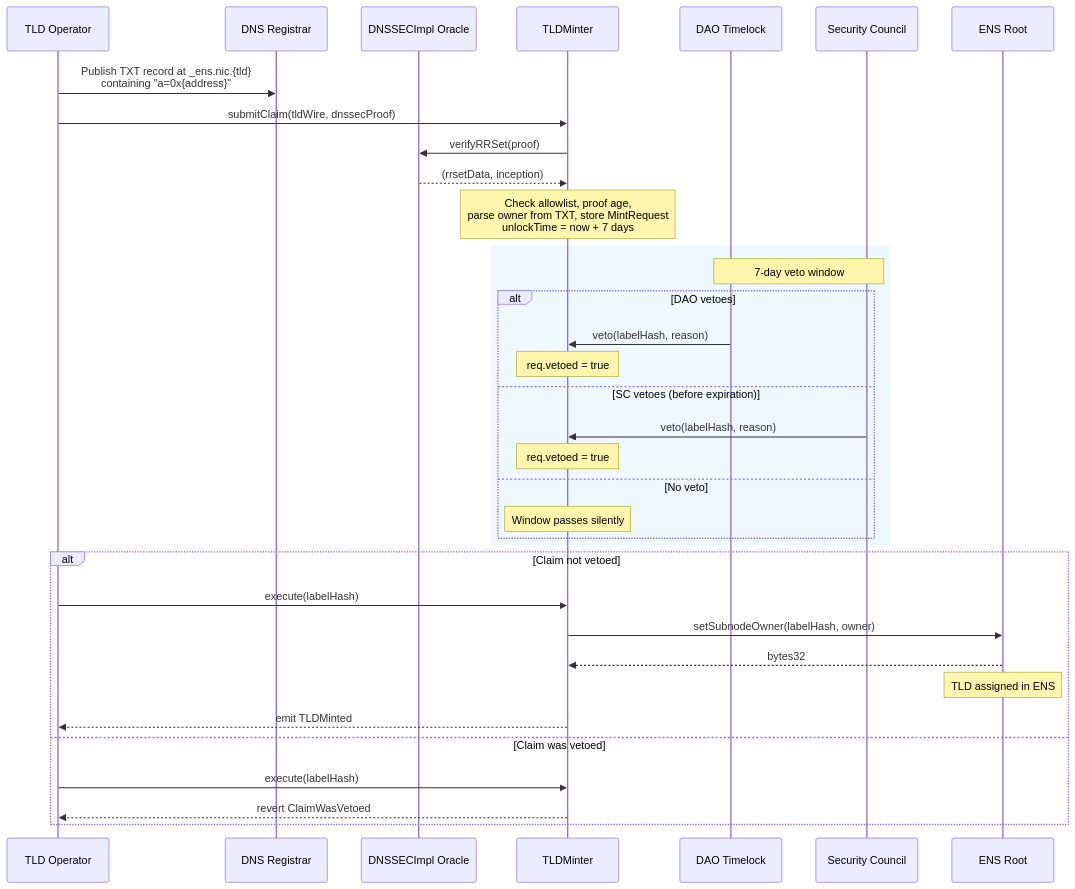
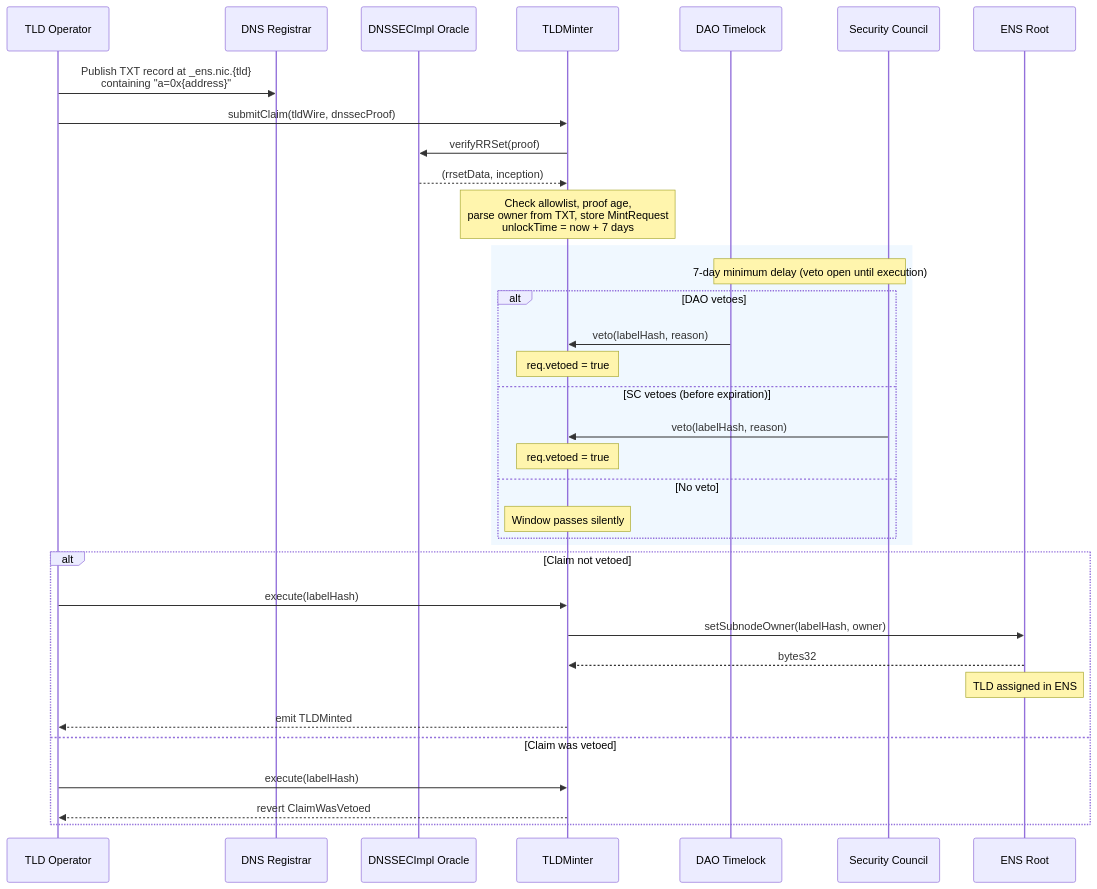
Before and after one commit to steg-eth/dao-proposals: the diagram in src/ens/proposals/tld-oracle-v2/RATIONALE.md, drawn with Mermaid. The commit also changed other lines of this file and 2 other files, not shown here.

Commit message:
docs: align veto wording and Sepolia links across all docs
Consistent language: veto open until execution, not just during the
7-day window. Updated RATIONALE.md, portal-walkthrough.md, and
remaining stale spots in temp-check-draft.md. Added submitClaim +
contract links to portal-walkthrough.md.

````diff
--- a/src/ens/proposals/tld-oracle-v2/RATIONALE.md
+++ b/src/ens/proposals/tld-oracle-v2/RATIONALE.md
@@ -62,40 +62,40 @@
 ```mermaid
 sequenceDiagram
     participant Operator as TLD Operator
     participant DNS as DNS Registrar
     participant Oracle as DNSSECImpl Oracle
     participant Minter as TLDMinter
     participant DAO as DAO Timelock
     participant SC as Security Council
     participant Root as ENS Root
 
     Operator->>DNS: Publish TXT record at _ens.nic.{tld}<br/>containing "a=0x{address}"
     Operator->>Minter: submitClaim(tldWire, dnssecProof)
     Minter->>Oracle: verifyRRSet(proof)
     Oracle-->>Minter: (rrsetData, inception)
     Note over Minter: Check allowlist, proof age,<br/>parse owner from TXT, store MintRequest<br/>unlockTime = now + 7 days
 
     rect rgb(240, 248, 255)
-        Note over DAO,SC: 7-day veto window
+        Note over DAO,SC: 7-day minimum delay (veto open until execution)
         alt DAO vetoes
             DAO->>Minter: veto(labelHash, reason)
             Note over Minter: req.vetoed = true
         else SC vetoes (before expiration)
             SC->>Minter: veto(labelHash, reason)
             Note over Minter: req.vetoed = true
         else No veto
             Note over Minter: Window passes silently
         end
     end
 
     alt Claim not vetoed
         Operator->>Minter: execute(labelHash)
         Minter->>Root: setSubnodeOwner(labelHash, owner)
         Root-->>Minter: bytes32
         Note over Root: TLD assigned in ENS
         Minter-->>Operator: emit TLDMinted
     else Claim was vetoed
         Operator->>Minter: execute(labelHash)
         Minter-->>Operator: revert ClaimWasVetoed
     end
 ```
````
